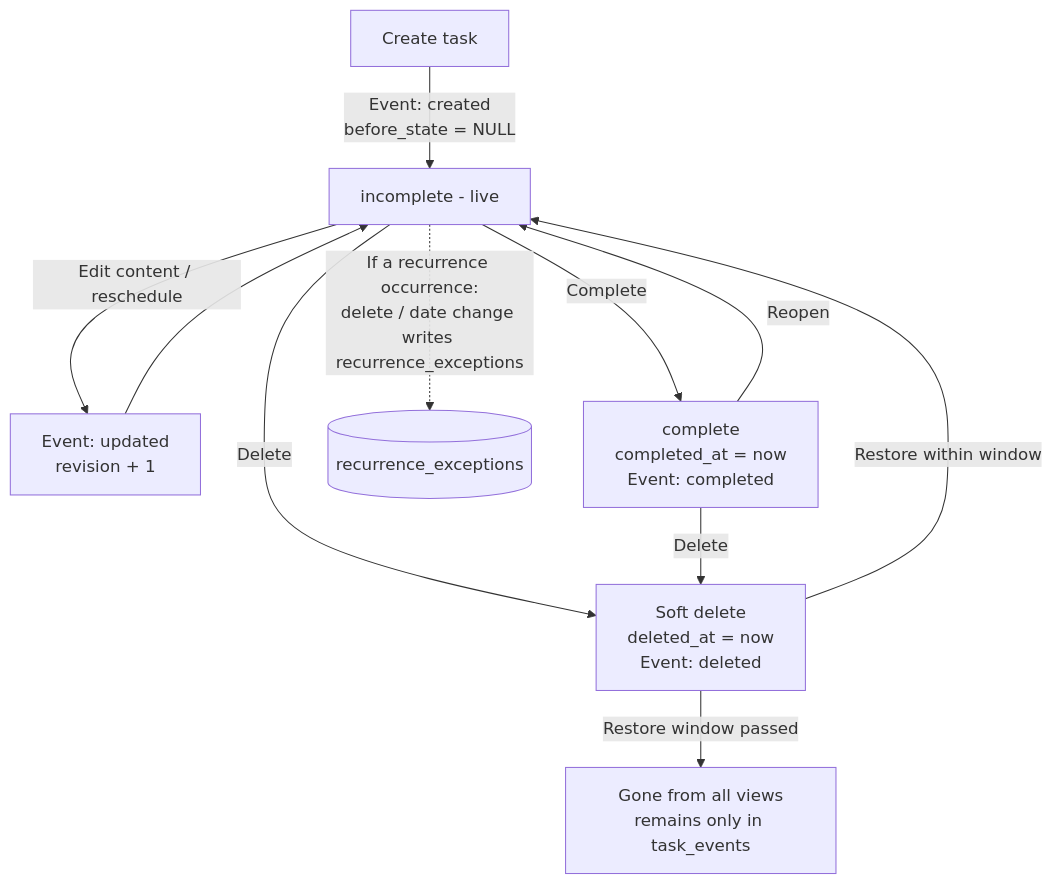
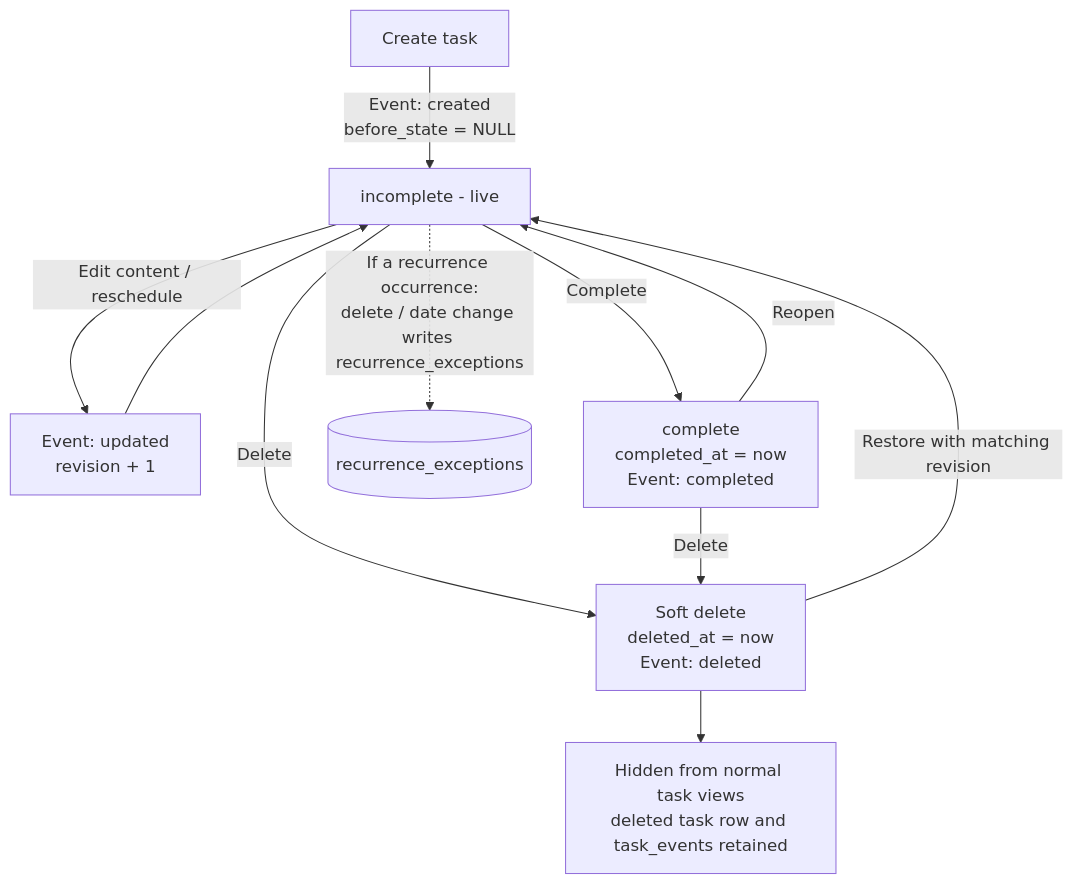
Before and after one commit to Walker-mfj/TodoCal: the first of 2 diagrams in docs/features/02-tasks.md, drawn with Mermaid. The commit also changed other lines of this file and 16 other files, not shown here.

````diff
--- a/docs/features/02-tasks.md
+++ b/docs/features/02-tasks.md
@@ -26,13 +26,13 @@
 ```mermaid
 flowchart TD
     A[Create task] -->|Event: created<br/>before_state = NULL| B[incomplete - live]
     B -->|Edit content / reschedule| B1[Event: updated<br/>revision + 1]
     B1 --> B
     B -->|Complete| C[complete<br/>completed_at = now<br/>Event: completed]
     C -->|Reopen| B
     B -->|Delete| D[Soft delete<br/>deleted_at = now<br/>Event: deleted]
     C -->|Delete| D
-    D -->|Restore within window| B
-    D -->|Restore window passed| E[Gone from all views<br/>remains only in task_events]
+    D -->|Restore with matching revision| B
+    D --> E[Hidden from normal task views<br/>deleted task row and task_events retained]
     B -.->|If a recurrence occurrence:<br/>delete / date change writes recurrence_exceptions| X[(recurrence_exceptions)]
 ```
````
